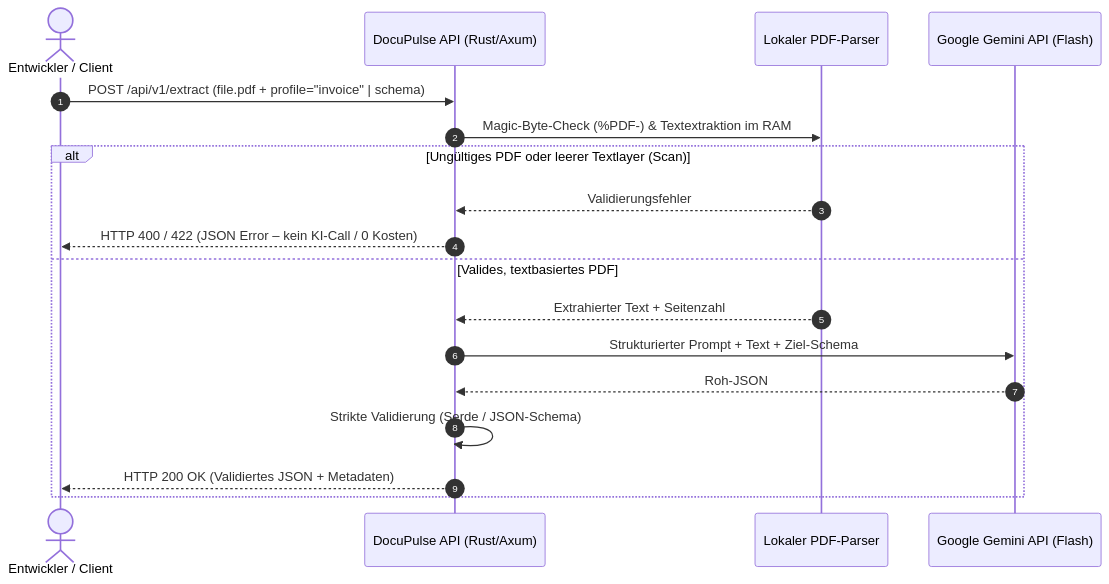
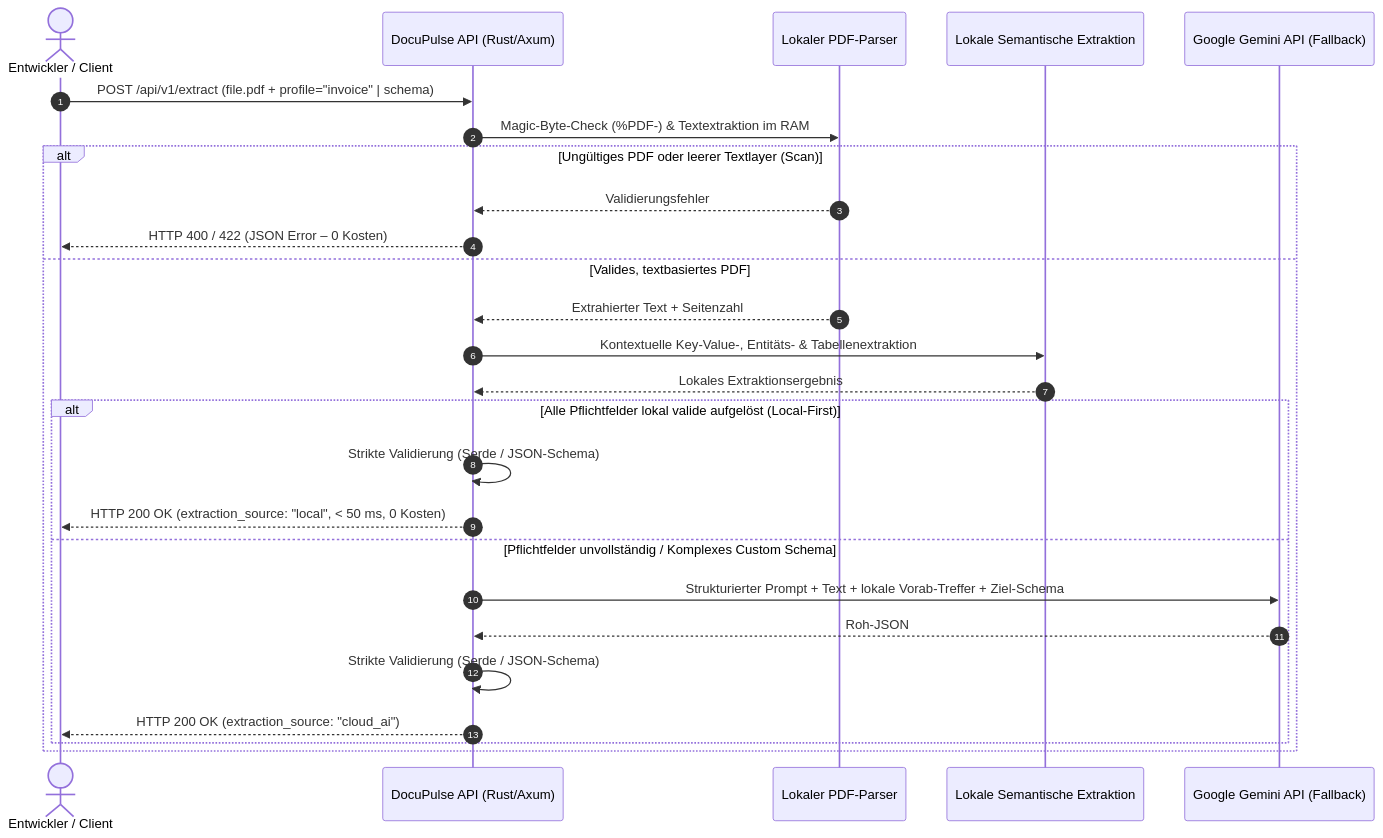
The diagram in docs/mvp.md (NiklasTheHaller/PAISE-Projekt), drawn with Mermaid before and after one commit. The commit also changed other lines of this file and 3 other files, not shown here.

````diff
--- a/docs/mvp.md
+++ b/docs/mvp.md
@@ -33,21 +37,29 @@
 ```mermaid
 sequenceDiagram
     autonumber
     actor Dev as Entwickler / Client
     participant API as DocuPulse API (Rust/Axum)
     participant Parser as Lokaler PDF-Parser
-    participant LLM as Google Gemini API (Flash)
+    participant LocalSem as Lokale Semantische Extraktion
+    participant LLM as Google Gemini API (Fallback)
 
     Dev->>API: POST /api/v1/extract (file.pdf + profile="invoice" | schema)
     API->>Parser: Magic-Byte-Check (%PDF-) & Textextraktion im RAM
     alt Ungültiges PDF oder leerer Textlayer (Scan)
         Parser-->>API: Validierungsfehler
-        API-->>Dev: HTTP 400 / 422 (JSON Error – kein KI-Call / 0 Kosten)
+        API-->>Dev: HTTP 400 / 422 (JSON Error – 0 Kosten)
     else Valides, textbasiertes PDF
         Parser-->>API: Extrahierter Text + Seitenzahl
-        API->>LLM: Strukturierter Prompt + Text + Ziel-Schema
-        LLM-->>API: Roh-JSON
-        API->>API: Strikte Validierung (Serde / JSON-Schema)
-        API-->>Dev: HTTP 200 OK (Validiertes JSON + Metadaten)
+        API->>LocalSem: Kontextuelle Key-Value-, Entitäts- & Tabellenextraktion
+        LocalSem-->>API: Lokales Extraktionsergebnis
+        alt Alle Pflichtfelder lokal valide aufgelöst (Local-First)
+            API->>API: Strikte Validierung (Serde / JSON-Schema)
+            API-->>Dev: HTTP 200 OK (extraction_source: "local", < 50 ms, 0 Kosten)
+        else Pflichtfelder unvollständig / Komplexes Custom Schema
+            API->>LLM: Strukturierter Prompt + Text + lokale Vorab-Treffer + Ziel-Schema
+            LLM-->>API: Roh-JSON
+            API->>API: Strikte Validierung (Serde / JSON-Schema)
+            API-->>Dev: HTTP 200 OK (extraction_source: "cloud_ai")
+        end
     end
 ```
````
